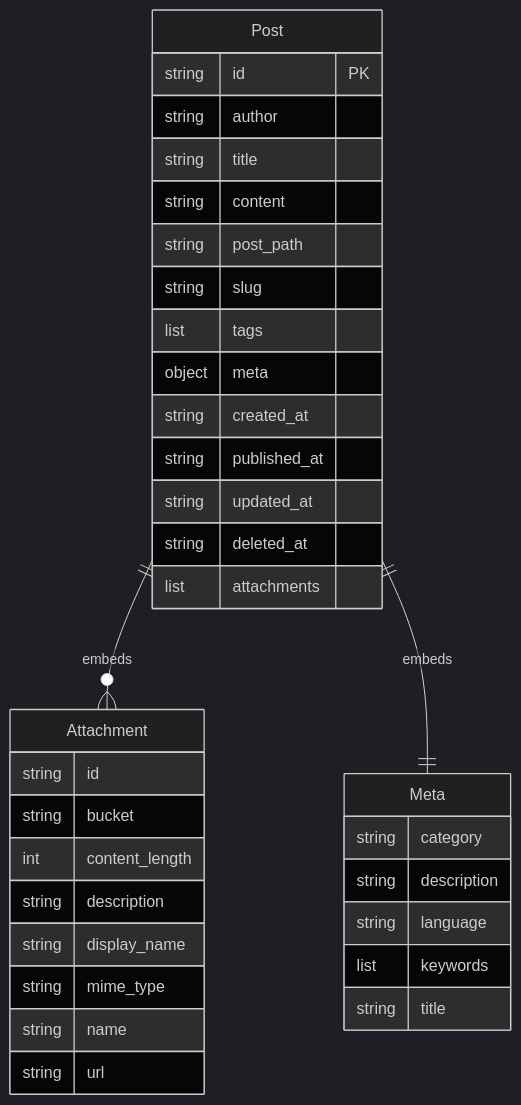
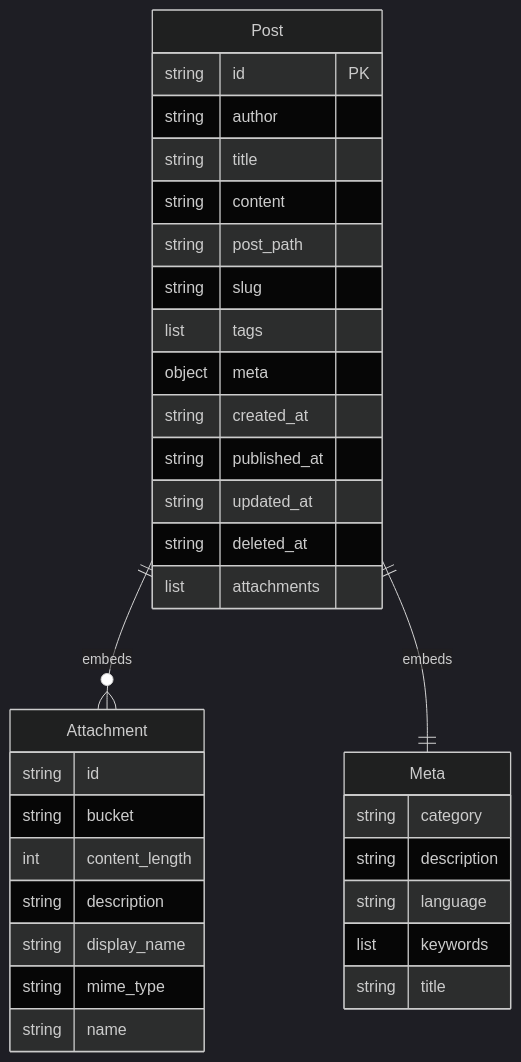
One commit to mobal/personal-backend-service changed the fourth of 5 diagrams in README.md. Above: the diagram before and after it, drawn with Mermaid (dark theme). The commit also changed other lines of this file and 12 other files, not shown here.

````diff
--- a/README.md
+++ b/README.md
@@ -251,38 +252,37 @@
 ```mermaid
 erDiagram
     Post {
         string id PK
         string author
         string title
         string content
         string post_path
         string slug
         list tags
         object meta
         string created_at
         string published_at
         string updated_at
         string deleted_at
         list attachments
     }
     Meta {
         string category
         string description
         string language
         list keywords
         string title
     }
     Attachment {
         string id
         string bucket
         int content_length
         string description
         string display_name
         string mime_type
         string name
-        string url
     }
 
     Post ||--o{ Attachment : embeds
     Post ||--|| Meta : embeds
 ```
````
